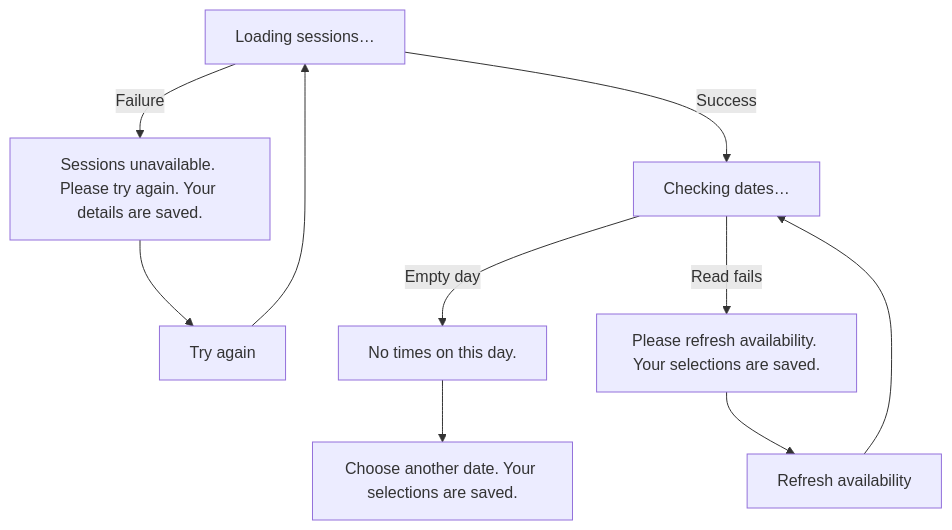
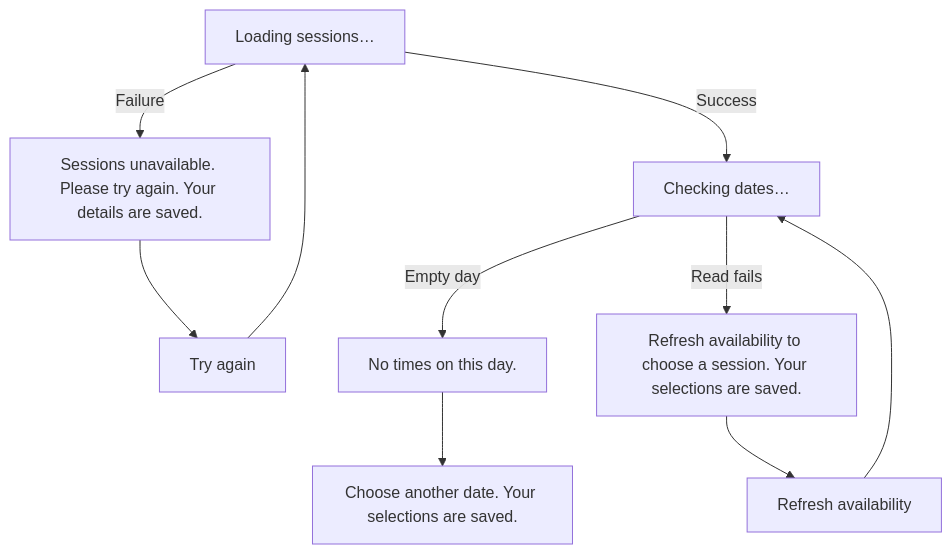
One commit to soccerbotstudiosg/soccerbotstudioSG changed the fourth of 19 diagrams in docs/booking-flows.md. Above: the diagram before and after it, drawn with Mermaid. The commit also changed other lines of this file and 27 other files, not shown here.

````diff
--- a/docs/booking-flows.md
+++ b/docs/booking-flows.md
@@ -49,10 +49,10 @@
 ```mermaid
 flowchart TD
   A["Loading sessions…"] -->|Failure| B["Sessions unavailable. Please try again. Your details are saved."]
   B --> C["Try again"] --> A
   A -->|Success| D["Checking dates…"]
   D -->|Empty day| E["No times on this day."]
   E --> F["Choose another date. Your selections are saved."]
-  D -->|Read fails| G["Please refresh availability. Your selections are saved."]
+  D -->|Read fails| G["Refresh availability to choose a session. Your selections are saved."]
   G --> H["Refresh availability"] --> D
 ```
````
